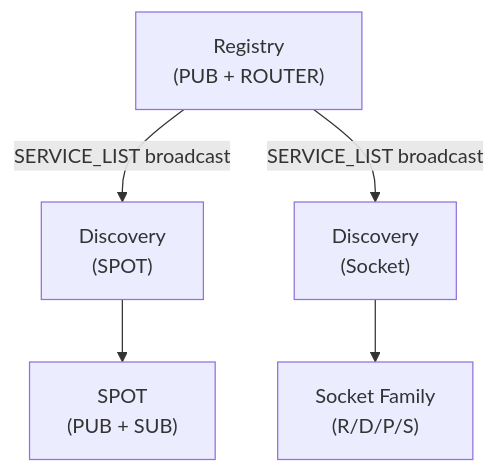
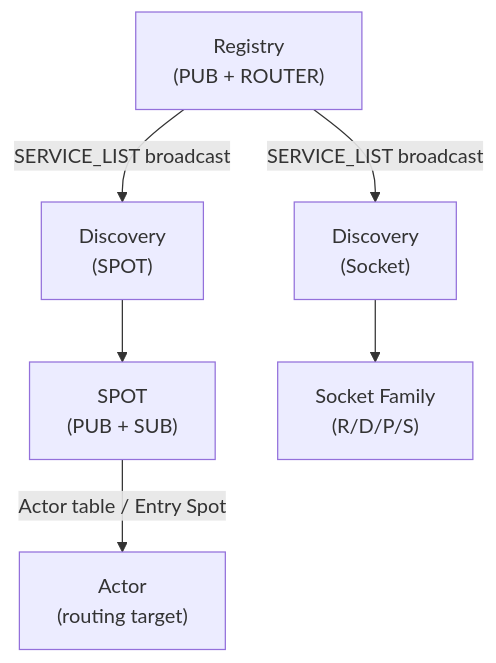
One commit to kairos-code-dev/zlink changed the third of 3 diagrams in doc/guide/07-0-services.ko.md. Above: the diagram before and after it, drawn with Mermaid. The commit also changed other lines of this file and 57 other files, not shown here.

````diff
--- a/doc/guide/07-0-services.ko.md
+++ b/doc/guide/07-0-services.ko.md
@@ -201,8 +208,9 @@
 ```mermaid
 flowchart TB
     R["Registry<br/>(PUB + ROUTER)"]
     R -- "SERVICE_LIST broadcast" --> D1["Discovery<br/>(SPOT)"]
     R -- "SERVICE_LIST broadcast" --> D2["Discovery<br/>(Socket)"]
     D1 --> S1["SPOT<br/>(PUB + SUB)"]
+    S1 -- "Actor table / Entry Spot" --> A1["Actor<br/>(routing target)"]
     D2 --> S2["Socket Family<br/>(R/D/P/S)"]
 ```
````
